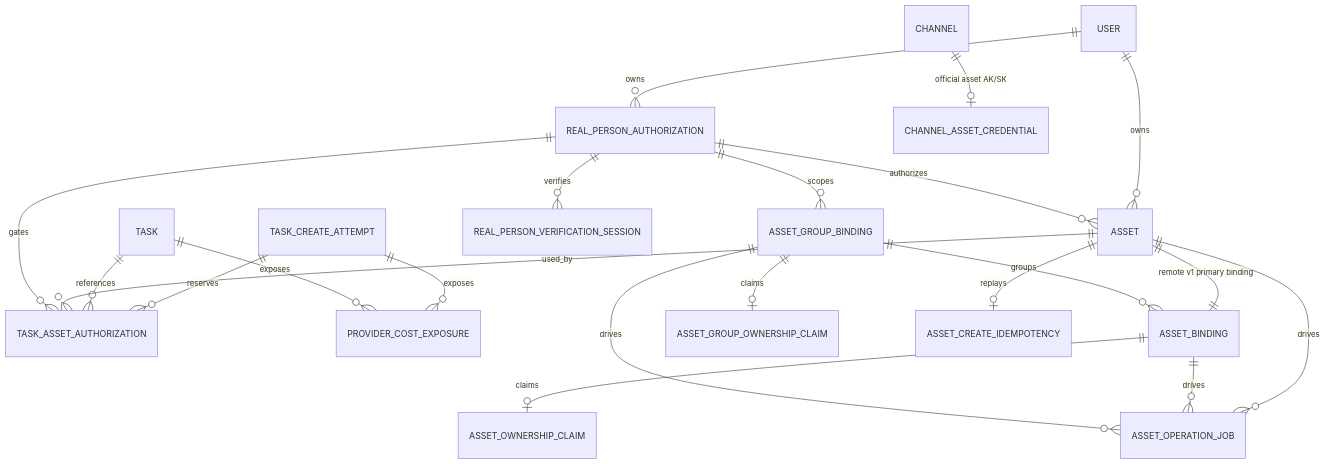
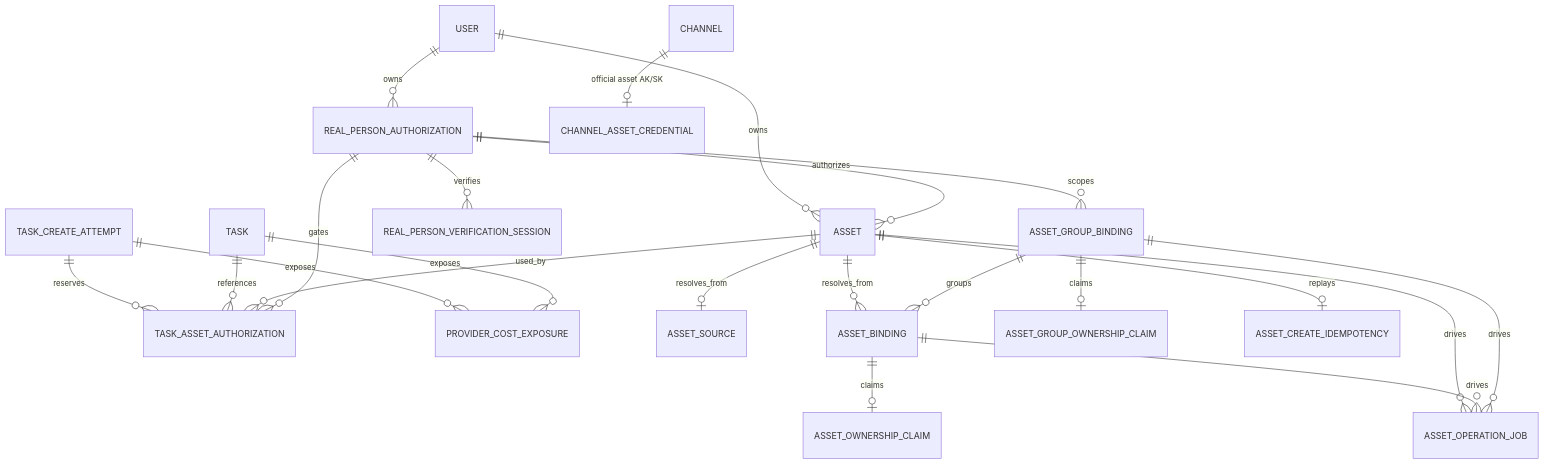
Before and after one commit to wuqiang44444444/new-api: the diagram in docs/20-architecture/数据模型.md, drawn with Mermaid. The commit also changed other lines of this file and 84 other files, not shown here.

````diff
--- a/docs/20-architecture/数据模型.md
+++ b/docs/20-architecture/数据模型.md
@@ -145,23 +145,24 @@
 ```mermaid
 erDiagram
     USER ||--o{ ASSET : owns
     USER ||--o{ REAL_PERSON_AUTHORIZATION : owns
     TASK_CREATE_ATTEMPT ||--o{ TASK_ASSET_AUTHORIZATION : reserves
     TASK ||--o{ TASK_ASSET_AUTHORIZATION : references
     ASSET ||--o{ TASK_ASSET_AUTHORIZATION : used_by
     REAL_PERSON_AUTHORIZATION ||--o{ TASK_ASSET_AUTHORIZATION : gates
     TASK_CREATE_ATTEMPT ||--o{ PROVIDER_COST_EXPOSURE : exposes
     TASK ||--o{ PROVIDER_COST_EXPOSURE : exposes
     CHANNEL ||--o| CHANNEL_ASSET_CREDENTIAL : "official asset AK/SK"
-    ASSET ||--|| ASSET_BINDING : "remote v1 primary binding"
+    ASSET ||--o| ASSET_SOURCE : resolves_from
+    ASSET ||--o{ ASSET_BINDING : resolves_from
     ASSET_BINDING ||--o| ASSET_OWNERSHIP_CLAIM : claims
     REAL_PERSON_AUTHORIZATION ||--o{ ASSET : authorizes
     REAL_PERSON_AUTHORIZATION ||--o{ REAL_PERSON_VERIFICATION_SESSION : verifies
     REAL_PERSON_AUTHORIZATION ||--o{ ASSET_GROUP_BINDING : scopes
     ASSET_GROUP_BINDING ||--o| ASSET_GROUP_OWNERSHIP_CLAIM : claims
     ASSET_GROUP_BINDING ||--o{ ASSET_BINDING : groups
     ASSET ||--o| ASSET_CREATE_IDEMPOTENCY : replays
     ASSET ||--o{ ASSET_OPERATION_JOB : drives
     ASSET_BINDING ||--o{ ASSET_OPERATION_JOB : drives
     ASSET_GROUP_BINDING ||--o{ ASSET_OPERATION_JOB : drives
 ```
````
